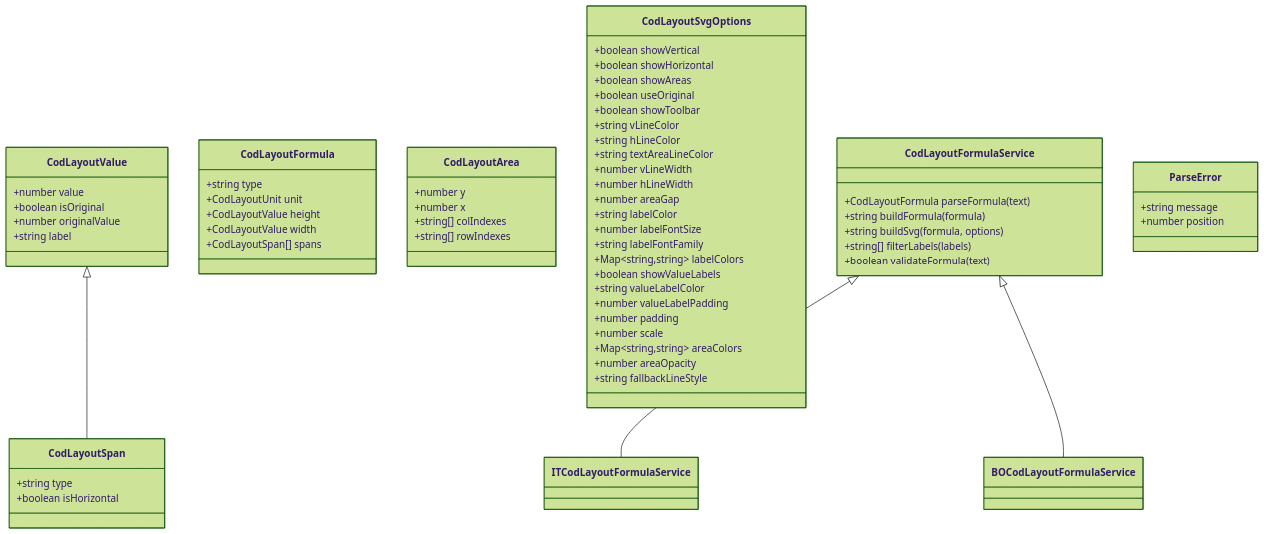
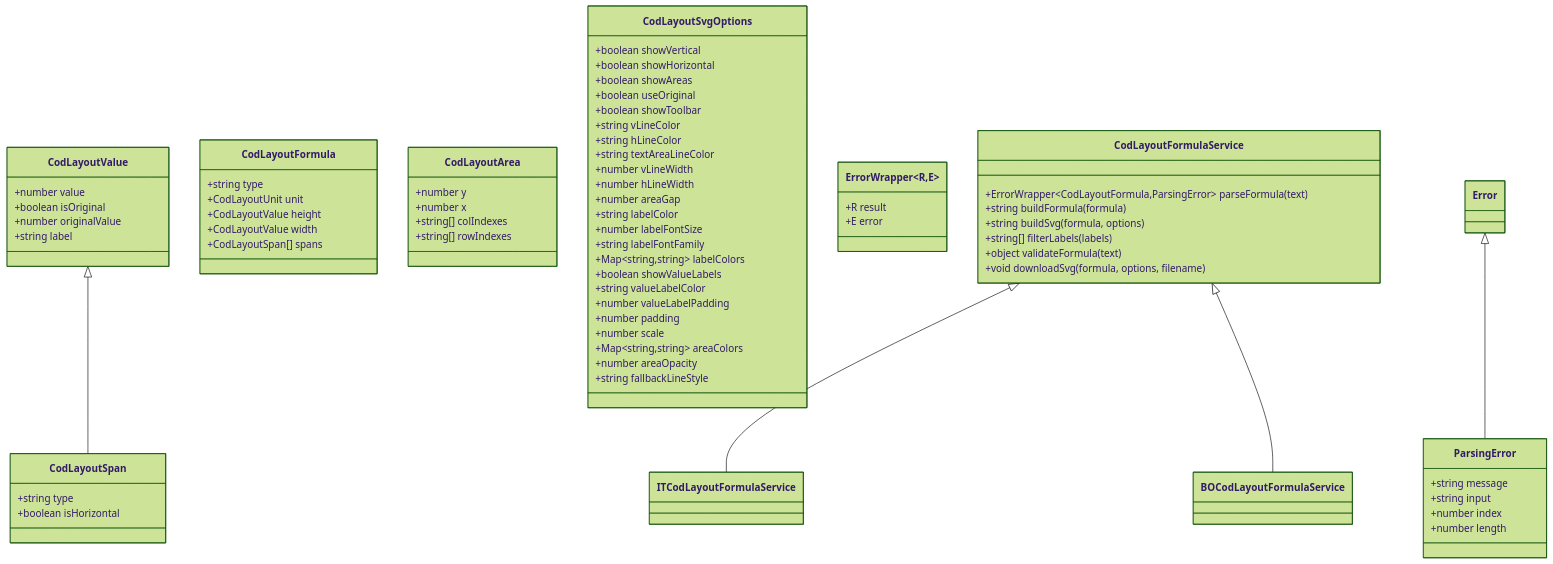
One commit to vedph/cod-layout-view changed the diagram in README.md. Above: the diagram before and after it, drawn with Mermaid (forest theme). The commit also changed other lines of this file and 8 other files, not shown here.

Commit message:
Refactored API of parseFormula

````diff
--- a/README.md
+++ b/README.md
@@ -108,59 +109,67 @@
 ```mermaid
 classDiagram
 
 CodLayoutValue : +number value
 CodLayoutValue : +boolean isOriginal
 CodLayoutValue : +number originalValue
 CodLayoutValue : +string label
 
 CodLayoutValue <|-- CodLayoutSpan
 CodLayoutSpan : +string type
 CodLayoutSpan : +boolean isHorizontal
 
 CodLayoutFormula : +string type
 CodLayoutFormula : +CodLayoutUnit unit
 CodLayoutFormula : +CodLayoutValue height
 CodLayoutFormula : +CodLayoutValue width
 CodLayoutFormula : +CodLayoutSpan[] spans
 
 CodLayoutArea : +number y
 CodLayoutArea : +number x
 CodLayoutArea : +string[] colIndexes
 CodLayoutArea : +string[] rowIndexes
 
 CodLayoutSvgOptions : +boolean showVertical
 CodLayoutSvgOptions : +boolean showHorizontal
 CodLayoutSvgOptions : +boolean showAreas
 CodLayoutSvgOptions : +boolean useOriginal
 CodLayoutSvgOptions : +boolean showToolbar
 CodLayoutSvgOptions : +string vLineColor
 CodLayoutSvgOptions : +string hLineColor
 CodLayoutSvgOptions : +string textAreaLineColor
 CodLayoutSvgOptions : +number vLineWidth
 CodLayoutSvgOptions : +number hLineWidth
 CodLayoutSvgOptions : +number areaGap
 CodLayoutSvgOptions : +string labelColor
 CodLayoutSvgOptions : +number labelFontSize
 CodLayoutSvgOptions : +string labelFontFamily
 CodLayoutSvgOptions : +Map~string,string~ labelColors
 CodLayoutSvgOptions : +boolean showValueLabels
 CodLayoutSvgOptions : +string valueLabelColor
 CodLayoutSvgOptions : +number valueLabelPadding
 CodLayoutSvgOptions : +number padding
 CodLayoutSvgOptions : +number scale
 CodLayoutSvgOptions : +Map~string,string~ areaColors
 CodLayoutSvgOptions : +number areaOpacity
 CodLayoutSvgOptions : +string fallbackLineStyle
 
-CodLayoutFormulaService : +CodLayoutFormula parseFormula(text)
+ErrorWrapper~R,E~ : +R result
+ErrorWrapper~R,E~ : +E error
+
+ParsingError : +string message
+ParsingError : +string input
+ParsingError : +number index
+ParsingError : +number length
+
+CodLayoutFormulaService : +ErrorWrapper~CodLayoutFormula,ParsingError~ parseFormula(text)
 CodLayoutFormulaService : +string buildFormula(formula)
 CodLayoutFormulaService : +string buildSvg(formula, options)
 CodLayoutFormulaService : +string[] filterLabels(labels)
-CodLayoutFormulaService : +boolean validateFormula(text)
+CodLayoutFormulaService : +object validateFormula(text)
+CodLayoutFormulaService : +void downloadSvg(formula, options, filename)
 
 CodLayoutFormulaService <|-- ITCodLayoutFormulaService
 CodLayoutFormulaService <|-- BOCodLayoutFormulaService
 
-ParseError : +string message
-ParseError : +number position
+Error <|-- ParsingError
 ```
````
